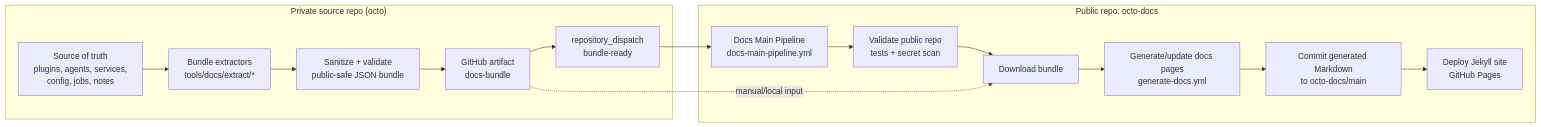
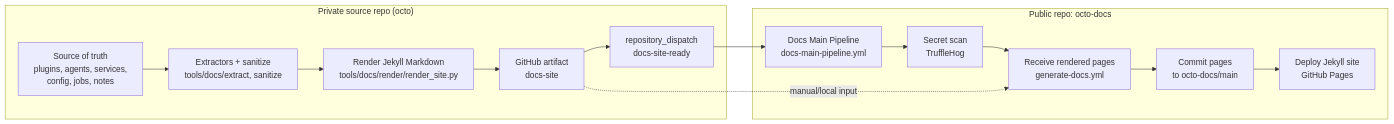
The diagram in README.md (JeffSteinbok/octo-docs), drawn with Mermaid before and after one commit. The commit also changed other lines of this file, not shown here.

Commit message:
docs: rewrite root README for receive-and-deploy architecture

````diff
--- a/README.md
+++ b/README.md
@@ -27,24 +31,23 @@
 ```mermaid
 flowchart LR
     subgraph private["Private source repo (octo)"]
         source["Source of truth<br/>plugins, agents, services,<br/>config, jobs, notes"]
-        extract["Bundle extractors<br/>tools/docs/extract/*"]
-        sanitize["Sanitize + validate<br/>public-safe JSON bundle"]
-        artifact["GitHub artifact<br/>docs-bundle"]
-        dispatch["repository_dispatch<br/>bundle-ready"]
-        source --> extract --> sanitize --> artifact --> dispatch
+        extract["Extractors + sanitize<br/>tools/docs/extract, sanitize"]
+        render["Render Jekyll Markdown<br/>tools/docs/render/render_site.py"]
+        artifact["GitHub artifact<br/>docs-site"]
+        dispatch["repository_dispatch<br/>docs-site-ready"]
+        source --> extract --> render --> artifact --> dispatch
     end
 
     subgraph public["Public repo: octo-docs"]
         pipeline["Docs Main Pipeline<br/>docs-main-pipeline.yml"]
-        validate["Validate public repo<br/>tests + secret scan"]
-        download["Download bundle"]
-        generate["Generate/update docs pages<br/>generate-docs.yml"]
-        commit["Commit generated Markdown<br/>to octo-docs/main"]
+        scan["Secret scan<br/>TruffleHog"]
+        receive["Receive rendered pages<br/>generate-docs.yml"]
+        commit["Commit pages<br/>to octo-docs/main"]
         deploy["Deploy Jekyll site<br/>GitHub Pages"]
-        pipeline --> validate --> download --> generate --> commit --> deploy
+        pipeline --> scan --> receive --> commit --> deploy
     end
 
     dispatch --> pipeline
-    artifact -. manual/local input .-> download
+    artifact -. manual/local input .-> receive
 ```
````
